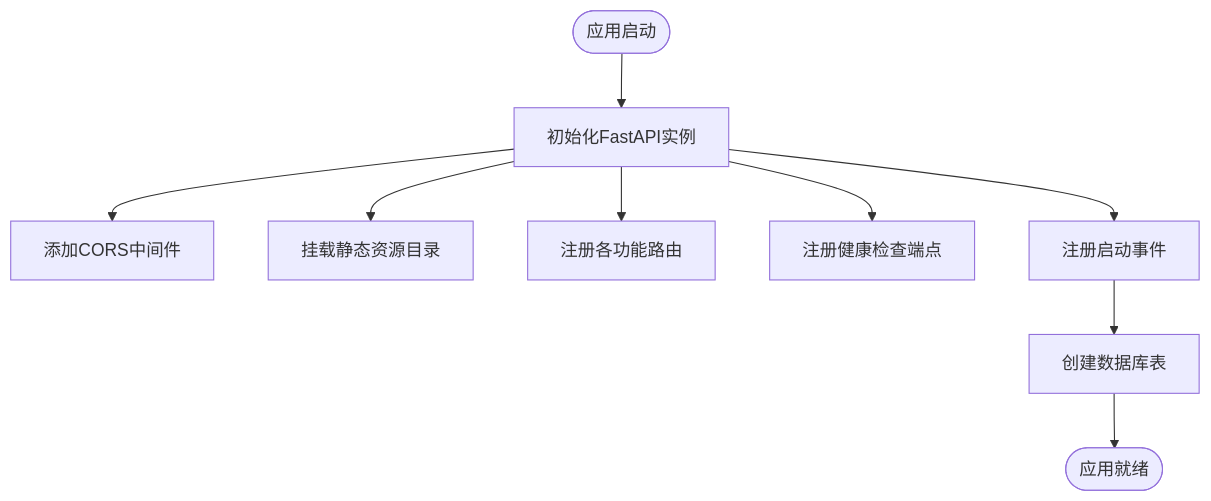
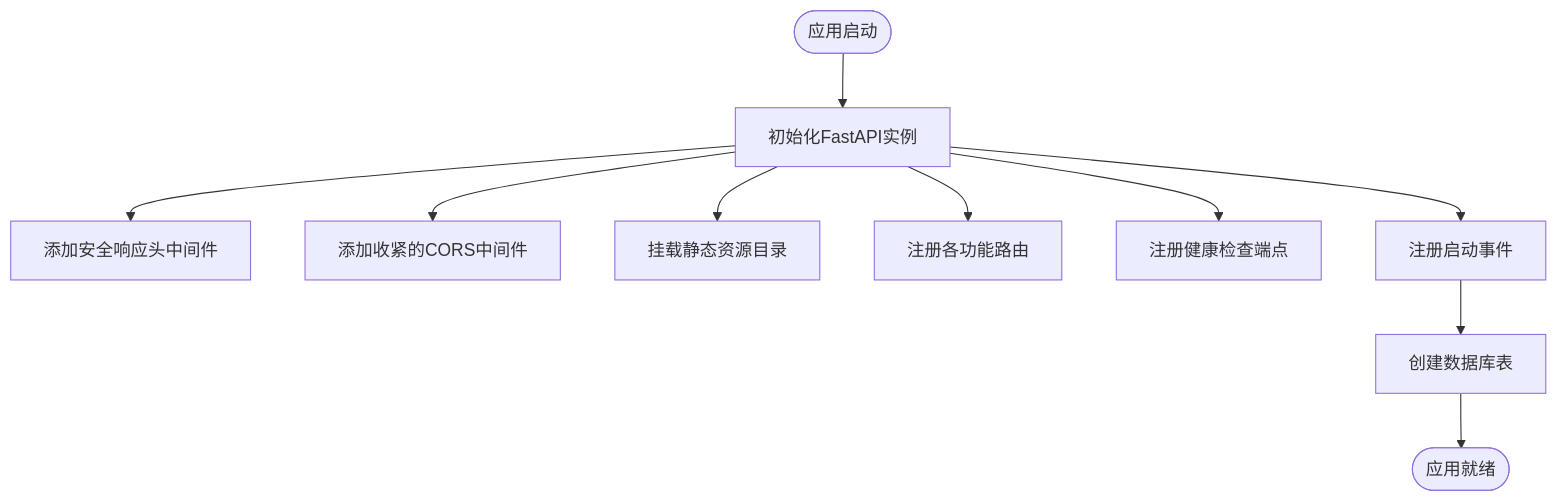
The third of 7 diagrams in .qoder/repowiki/zh/content/暑假作业打卡系统/后端服务架构/FastAPI应用核心.md (onebody/homework), drawn with Mermaid before and after one commit. The commit also changed other lines of this file and 14 other files, not shown here.

````diff
--- a/.qoder/repowiki/zh/content/暑假作业打卡系统/后端服务架构/FastAPI应用核心.md
+++ b/.qoder/repowiki/zh/content/暑假作业打卡系统/后端服务架构/FastAPI应用核心.md
@@ -160,11 +175,12 @@
 ```mermaid
 flowchart TD
 Start(["应用启动"]) --> Init["初始化FastAPI实例"]
-Init --> CORS["添加CORS中间件"]
+Init --> SecurityHeaders["添加安全响应头中间件"]
+Init --> TightCORS["添加收紧的CORS中间件"]
 Init --> Mount["挂载静态资源目录"]
 Init --> Routes["注册各功能路由"]
 Init --> Health["注册健康检查端点"]
 Init --> Startup["注册启动事件"]
 Startup --> CreateTables["创建数据库表"]
 CreateTables --> Ready(["应用就绪"])
 ```
````
